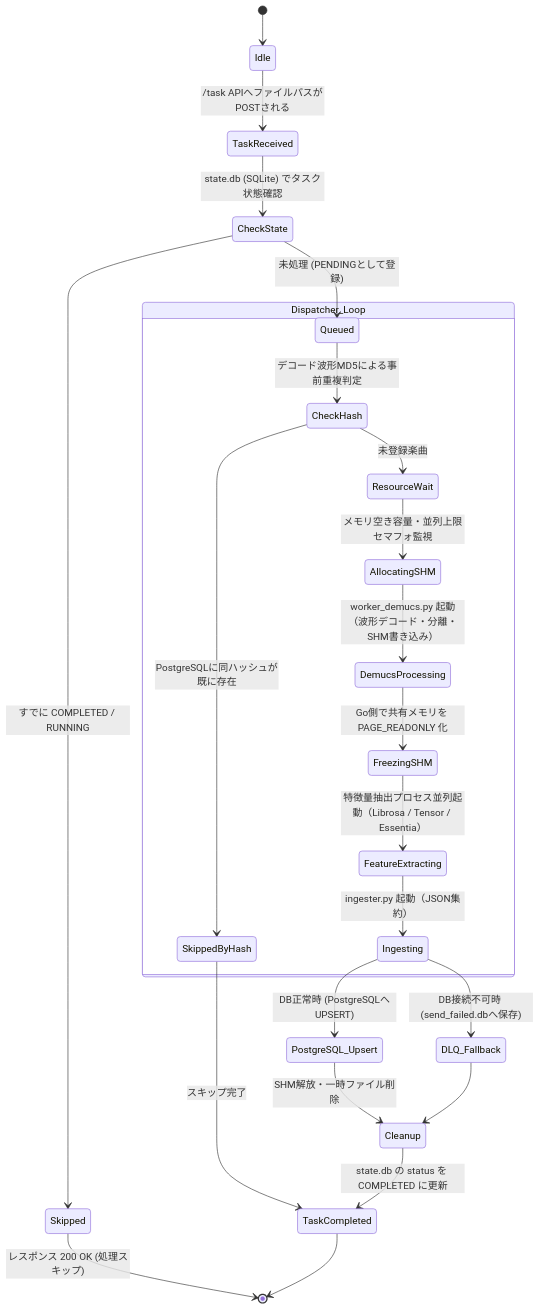
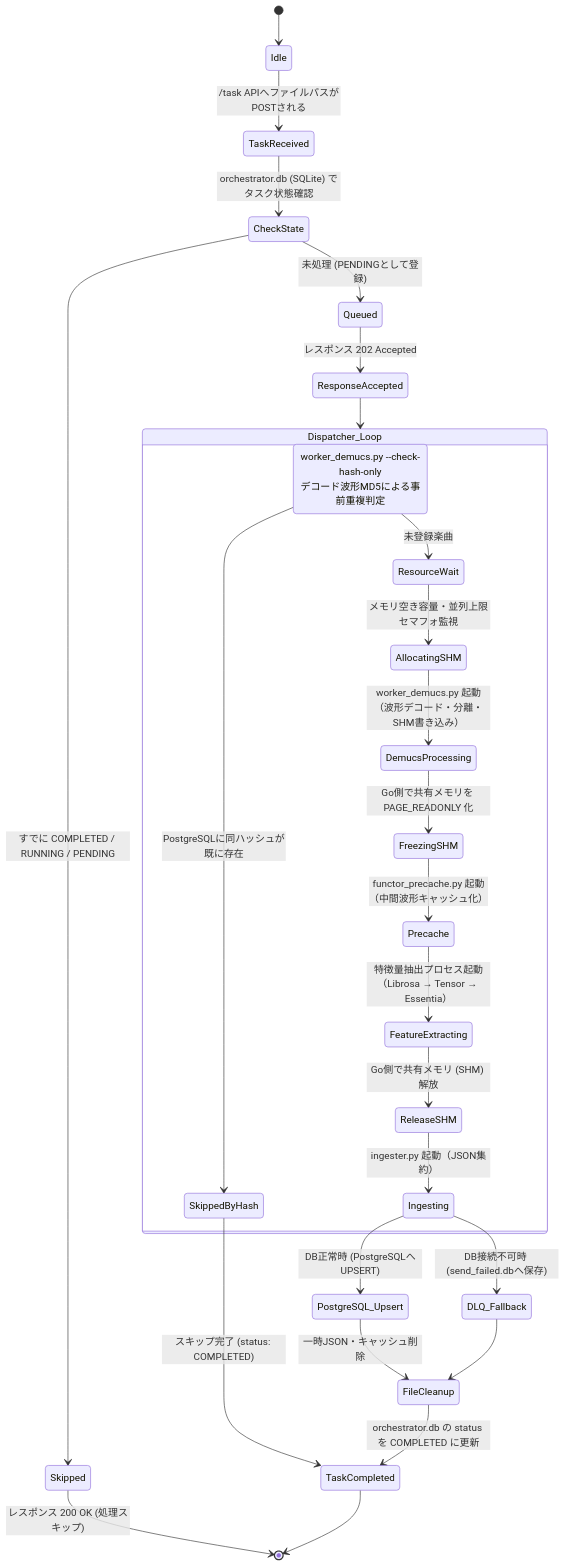
Before and after one commit to letwir/flac_analyzer_forwin: the first of 4 diagrams in README.md, drawn with Mermaid. The commit also changed other lines of this file and 3 other files, not shown here.

Commit message:
docs: update Mermaid state diagrams in README.md

````diff
--- a/README.md
+++ b/README.md
@@ -127,33 +127,37 @@
 ```mermaid
 stateDiagram-v2
     [*] --> Idle
     Idle --> TaskReceived: /task APIへファイルパスがPOSTされる
-    TaskReceived --> CheckState: state.db (SQLite) でタスク状態確認
+    TaskReceived --> CheckState: orchestrator.db (SQLite) でタスク状態確認
     
-    CheckState --> Skipped: すでに COMPLETED / RUNNING
+    CheckState --> Skipped: すでに COMPLETED / RUNNING / PENDING
     CheckState --> Queued: 未処理 (PENDINGとして登録)
     
     Skipped --> [*]: レスポンス 200 OK (処理スキップ)
+    Queued --> ResponseAccepted: レスポンス 202 Accepted
+    ResponseAccepted --> Dispatcher_Loop
     
     state Dispatcher_Loop {
-        Queued --> CheckHash: デコード波形MD5による事前重複判定
+        CheckHash: worker_demucs.py --check-hash-only<br/>デコード波形MD5による事前重複判定
         CheckHash --> SkippedByHash: PostgreSQLに同ハッシュが既に存在
         CheckHash --> ResourceWait: 未登録楽曲
         
         ResourceWait --> AllocatingSHM: メモリ空き容量・並列上限セマフォ監視
-        AllocatingSHM --> DemucsProcessing: worker_demucs.py 起動（波形デコード・分離・SHM書き込み）
+        AllocatingSHM --> DemucsProcessing: worker_demucs.py 起動<br/>（波形デコード・分離・SHM書き込み）
         DemucsProcessing --> FreezingSHM: Go側で共有メモリを PAGE_READONLY 化
-        FreezingSHM --> FeatureExtracting: 特徴量抽出プロセス並列起動（Librosa / Tensor / Essentia）
-        FeatureExtracting --> Ingesting: ingester.py 起動（JSON集約）
+        FreezingSHM --> Precache: functor_precache.py 起動<br/>（中間波形キャッシュ化）
+        Precache --> FeatureExtracting: 特徴量抽出プロセス起動<br/>（Librosa → Tensor → Essentia）
+        FeatureExtracting --> ReleaseSHM: Go側で共有メモリ (SHM) 解放
+        ReleaseSHM --> Ingesting: ingester.py 起動（JSON集約）
     }
     
-    SkippedByHash --> TaskCompleted: スキップ完了
+    SkippedByHash --> TaskCompleted: スキップ完了 (status: COMPLETED)
     Ingesting --> PostgreSQL_Upsert: DB正常時 (PostgreSQLへUPSERT)
     Ingesting --> DLQ_Fallback: DB接続不可時 (send_failed.dbへ保存)
     
-    PostgreSQL_Upsert --> Cleanup: SHM解放・一時ファイル削除
-    DLQ_Fallback --> Cleanup
+    PostgreSQL_Upsert --> FileCleanup: 一時JSON・キャッシュ削除
+    DLQ_Fallback --> FileCleanup
     
-    Cleanup --> TaskCompleted: state.db の status を COMPLETED に更新
+    FileCleanup --> TaskCompleted: orchestrator.db の status を COMPLETED に更新
     TaskCompleted --> [*]
 ```
````
